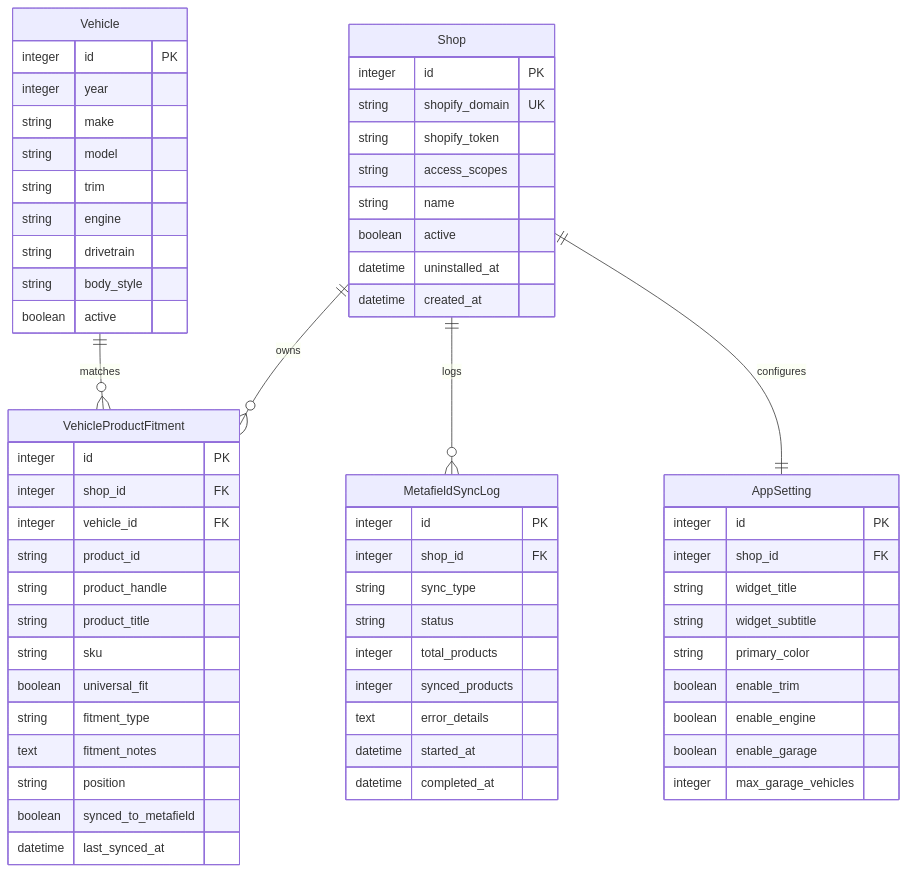
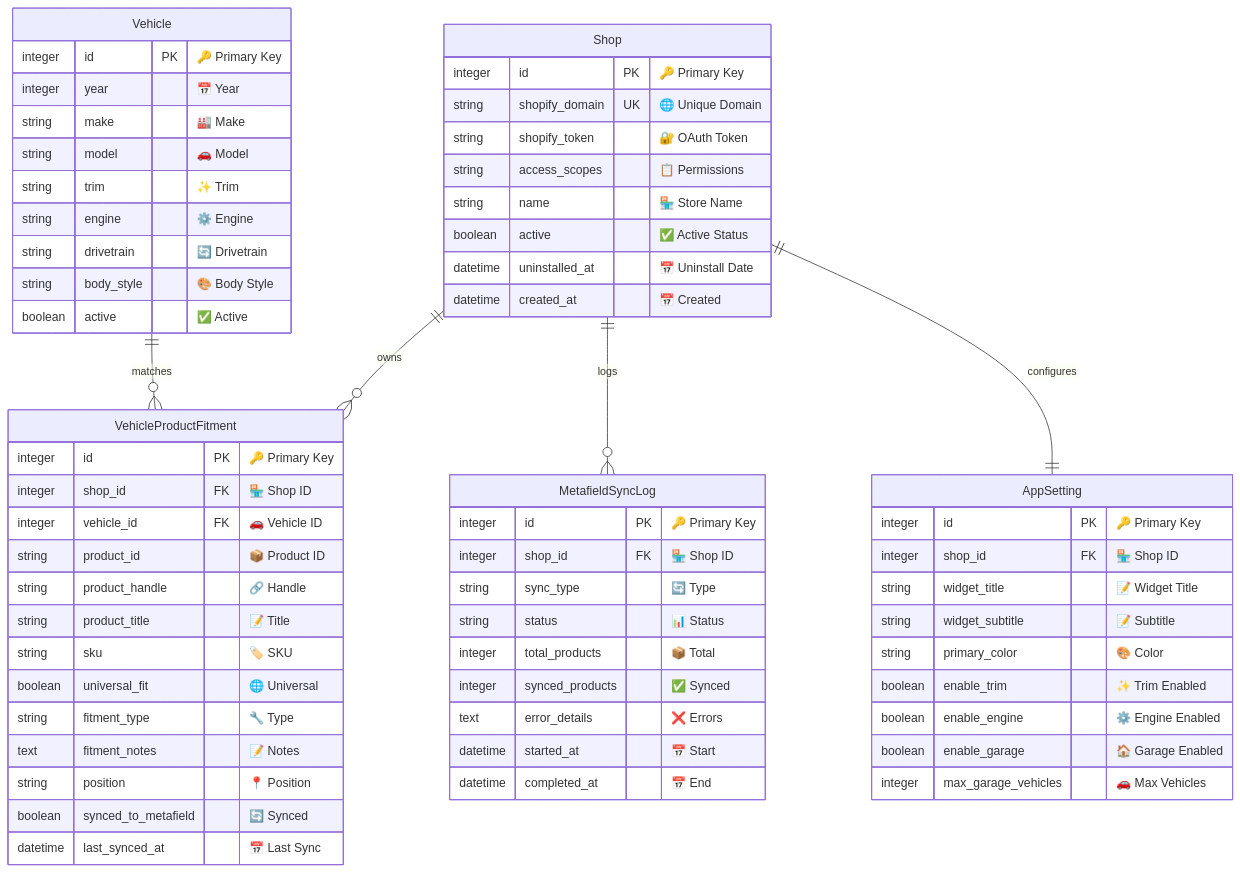
Before and after one commit to ai-dev-2024/vehicle-selector-pro: the second of 2 diagrams in README.md, drawn with Mermaid. The commit also changed other lines of this file, not shown here.

Commit message:
Enhance GitHub repository homepage with professional landing page format - Transform README into professional landing page matching other repos with comprehensive badges, hero section, tech stack tables, enhanced diagrams, and professional footer

````diff
--- a/README.md
+++ b/README.md
@@ -170,70 +246,70 @@
 ```mermaid
 erDiagram
     Shop ||--o{ VehicleProductFitment : "owns"
     Shop ||--o{ MetafieldSyncLog : "logs"
     Shop ||--|| AppSetting : "configures"
     Vehicle ||--o{ VehicleProductFitment : "matches"
 
     Shop {
-        integer id PK
-        string shopify_domain UK
-        string shopify_token
-        string access_scopes
-        string name
-        boolean active
-        datetime uninstalled_at
-        datetime created_at
+        integer id PK "🔑 Primary Key"
+        string shopify_domain UK "🌐 Unique Domain"
+        string shopify_token "🔐 OAuth Token"
+        string access_scopes "📋 Permissions"
+        string name "🏪 Store Name"
+        boolean active "✅ Active Status"
+        datetime uninstalled_at "📅 Uninstall Date"
+        datetime created_at "📅 Created"
     }
 
     Vehicle {
-        integer id PK
-        integer year
-        string make
-        string model
-        string trim
-        string engine
-        string drivetrain
-        string body_style
-        boolean active
+        integer id PK "🔑 Primary Key"
+        integer year "📅 Year"
+        string make "🏭 Make"
+        string model "🚗 Model"
+        string trim "✨ Trim"
+        string engine "⚙️ Engine"
+        string drivetrain "🔄 Drivetrain"
+        string body_style "🎨 Body Style"
+        boolean active "✅ Active"
     }
 
     VehicleProductFitment {
-        integer id PK
-        integer shop_id FK
-        integer vehicle_id FK
-        string product_id
-        string product_handle
-        string product_title
-        string sku
-        boolean universal_fit
-        string fitment_type
-        text fitment_notes
-        string position
-        boolean synced_to_metafield
-        datetime last_synced_at
+        integer id PK "🔑 Primary Key"
+        integer shop_id FK "🏪 Shop ID"
+        integer vehicle_id FK "🚗 Vehicle ID"
+        string product_id "📦 Product ID"
+        string product_handle "🔗 Handle"
+        string product_title "📝 Title"
+        string sku "🏷️ SKU"
+        boolean universal_fit "🌐 Universal"
+        string fitment_type "🔧 Type"
+        text fitment_notes "📝 Notes"
+        string position "📍 Position"
+        boolean synced_to_metafield "🔄 Synced"
+        datetime last_synced_at "📅 Last Sync"
     }
 
     MetafieldSyncLog {
-        integer id PK
-        integer shop_id FK
-        string sync_type
-        string status
-        integer total_products
-        integer synced_products
-        text error_details
-        datetime started_at
-        datetime completed_at
+        integer id PK "🔑 Primary Key"
+        integer shop_id FK "🏪 Shop ID"
+        string sync_type "🔄 Type"
+        string status "📊 Status"
+        integer total_products "📦 Total"
+        integer synced_products "✅ Synced"
+        text error_details "❌ Errors"
+        datetime started_at "📅 Start"
+        datetime completed_at "📅 End"
     }
 
     AppSetting {
-        integer id PK
-        integer shop_id FK
-        string widget_title
-        string widget_subtitle
-        string primary_color
-        boolean enable_trim
-        boolean enable_engine
-        boolean enable_garage
-        integer max_garage_vehicles
+        integer id PK "🔑 Primary Key"
+        integer shop_id FK "🏪 Shop ID"
+        string widget_title "📝 Widget Title"
+        string widget_subtitle "📝 Subtitle"
+        string primary_color "🎨 Color"
+        boolean enable_trim "✨ Trim Enabled"
+        boolean enable_engine "⚙️ Engine Enabled"
+        boolean enable_garage "🏠 Garage Enabled"
+        integer max_garage_vehicles "🚗 Max Vehicles"
     }
 ```
````
